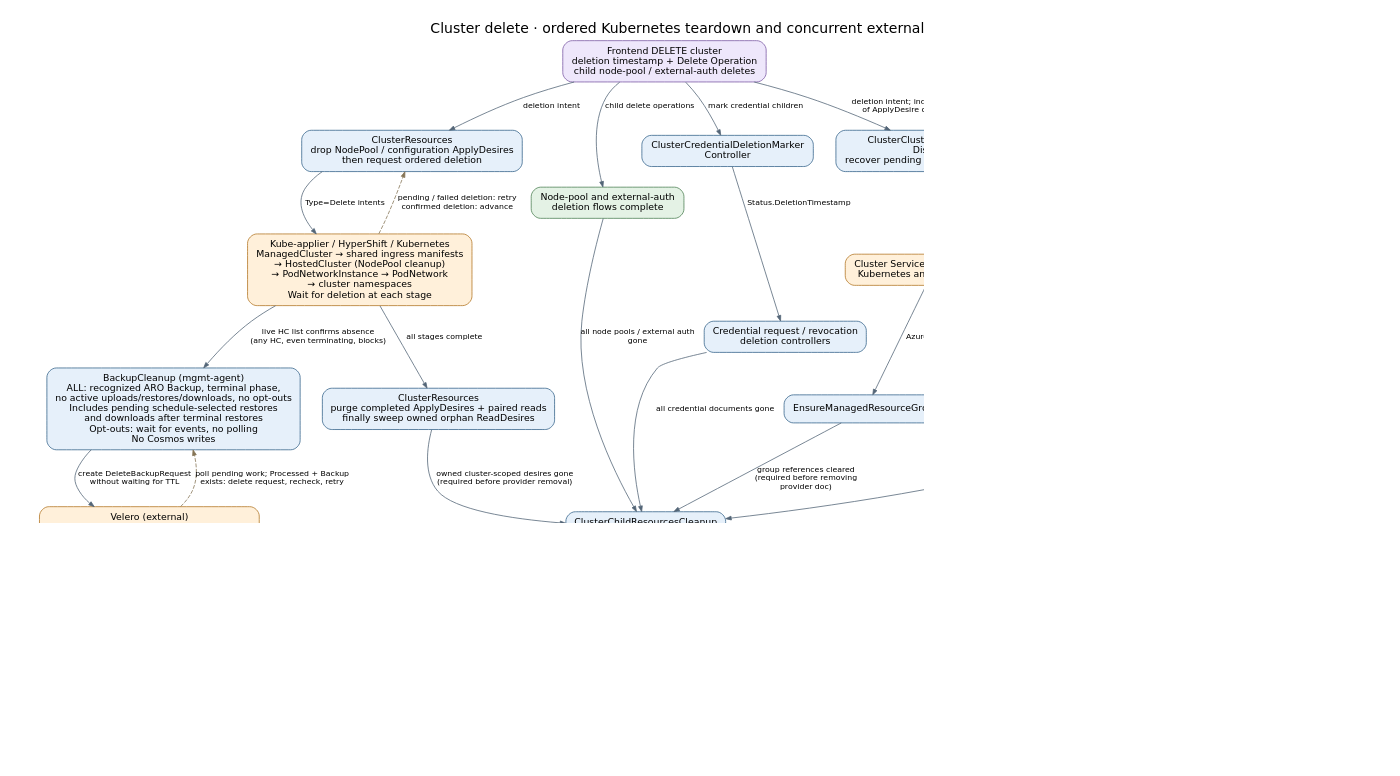
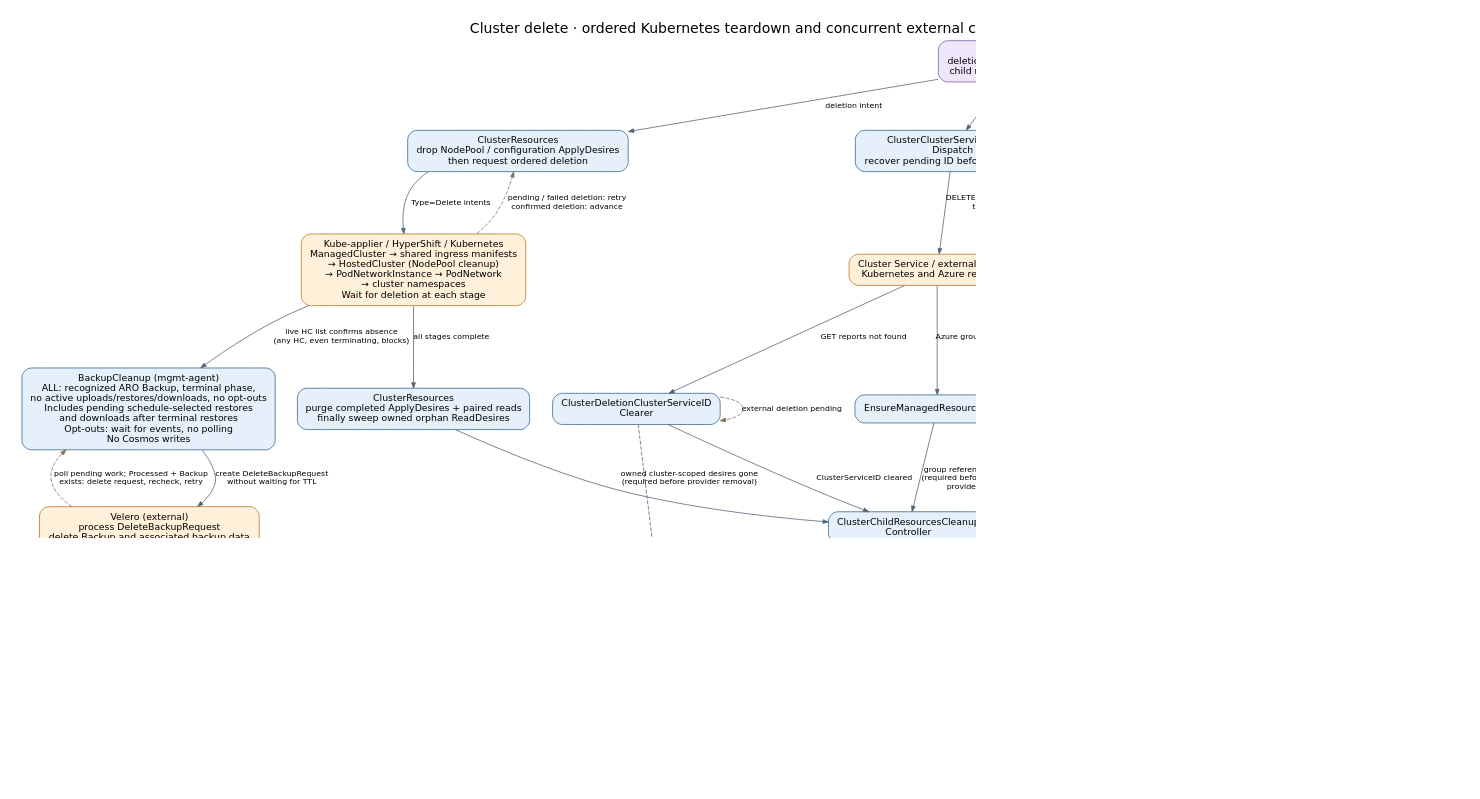
One commit to Azure/ARO-HCP changed the diagram in docs/diagrams/controller-flows/cluster-delete.dot. Above: the diagram before and after it, drawn with Graphviz. The commit also changed 46 other files, not shown here.

Commit message:
feat(backend): allocate cluster DNS names with Fleet claims

```diff
--- a/docs/diagrams/controller-flows/cluster-delete.dot
+++ b/docs/diagrams/controller-flows/cluster-delete.dot
@@ -1,48 +1,51 @@
 digraph cluster_delete {
   graph [rankdir=TB, bgcolor="white", pad="0.3", nodesep="0.4", ranksep="0.55", fontname="DejaVu Sans", fontsize=18, labelloc=t, label="Cluster delete · ordered Kubernetes teardown and concurrent external cleanup", dpi=110];
   node [shape=box, style="rounded,filled", fillcolor="#e6f0fa", color="#35648a", fontname="DejaVu Sans", fontsize=12, margin="0.16,0.10"];
   edge [color="#536577", fontname="DejaVu Sans", fontsize=10, arrowsize=0.7];
   delete [label="Frontend DELETE cluster\ndeletion timestamp + Delete Operation\nchild node-pool / external-auth deletes", fillcolor="#eee7fb", color="#7b59a4"];
   resources [label="ClusterResources\ndrop NodePool / configuration ApplyDesires\nthen request ordered deletion", fillcolor="#e6f0fa", color="#35648a"];
   ordered [label="Kube-applier / HyperShift / Kubernetes\nManagedCluster → shared ingress manifests\n→ HostedCluster (NodePool cleanup)\n→ PodNetworkInstance → PodNetwork\n→ cluster namespaces\nWait for deletion at each stage", fillcolor="#fff0da", color="#b27624"];
   drained [label="ClusterResources\npurge completed ApplyDesires + paired reads\nfinally sweep owned orphan ReadDesires", fillcolor="#e6f0fa", color="#35648a"];
   dispatch [label="ClusterClusterServiceDelete\nDispatch\nrecover pending ID before CS DELETE", fillcolor="#e6f0fa", color="#35648a"];
   cs [label="Cluster Service / external cleanup\nKubernetes and Azure resources", fillcolor="#fff0da", color="#b27624"];
   clear [label="ClusterDeletionClusterServiceID\nClearer", fillcolor="#e6f0fa", color="#35648a"];
   marker [label="ClusterCredentialDeletionMarker\nController", fillcolor="#e6f0fa", color="#35648a"];
   credentials [label="Credential request / revocation\ndeletion controllers", fillcolor="#e6f0fa", color="#35648a"];
   children [label="Node-pool and external-auth\ndeletion flows complete", fillcolor="#e4f2e5", color="#4c8053"];
   group [label="EnsureManagedResourceGroup", fillcolor="#e6f0fa", color="#35648a"];
   cleanup [label="ClusterChildResourcesCleanup\nController", fillcolor="#e6f0fa", color="#35648a"];
-  final [label="ClusterDeletionController", fillcolor="#e6f0fa", color="#35648a"];
+  final [label="ClusterDeletionController\nremove cluster independently of claims", fillcolor="#e6f0fa", color="#35648a"];
   op [label="OperationClusterDelete", fillcolor="#e6f0fa", color="#35648a"];
   done [label="ARM Delete Operation Succeeded", fillcolor="#e4f2e5", color="#4c8053"];
+  claims [label="DNSClaimCleanup\nwatch claims + owner clusters\nmatching deleting UID: CS cleanup gate\nmissing/different UID: claim age >= 30m", fillcolor="#e6f0fa", color="#35648a"];
+  final -> claims [label="owner removed\nclaims cleaned asynchronously", style=dashed];
+  clear -> claims [label="matching deleting owner's CS cleanup complete", style=dashed];
   backups [label="BackupCleanup (mgmt-agent)\nALL: recognized ARO Backup, terminal phase,\nno active uploads/restores/downloads, no opt-outs\nIncludes pending schedule-selected restores\nand downloads after terminal restores\nOpt-outs: wait for events, no polling\nNo Cosmos writes", fillcolor="#e6f0fa", color="#35648a"];
   velero [label="Velero (external)\nprocess DeleteBackupRequest\ndelete Backup and associated backup data", fillcolor="#fff0da", color="#b27624"];
   retained [label="Backup absent: stop reconciling\nBackupRepositories retained for Kopia maintenance\nNot proof of repository GC; not an ARM gate", fillcolor="#e4f2e5", color="#4c8053"];
   delete -> resources [label="deletion intent"];
   resources -> ordered [label="Type=Delete intents"];
   ordered -> resources [label="pending / failed deletion: retry\nconfirmed deletion: advance", style=dashed, color="#857456"];
   ordered -> drained [label="all stages complete"];
   drained -> cleanup [label="owned cluster-scoped desires gone\n(required before provider removal)"];
   delete -> dispatch [label="deletion intent; independent\nof ApplyDesire cleanup"];
   dispatch -> cs [label="DELETE; stamp dispatch\ntimestamp"];
   cs -> clear [label="GET reports not found"];
   ordered -> backups [label="live HC list confirms absence\n(any HC, even terminating, blocks)"];
   backups -> velero [label="create DeleteBackupRequest\nwithout waiting for TTL"];
   velero -> backups [label="poll pending work; Processed + Backup\nexists: delete request, recheck, retry", style=dashed, color="#857456"];
   velero -> retained [label="live Backup GET: NotFound"];
   delete -> marker [label="mark credential children"];
   marker -> credentials [label="Status.DeletionTimestamp"];
   delete -> children [label="child delete operations"];
   cs -> group [label="Azure group absence observed"];
   clear -> cleanup [label="ClusterServiceID cleared"];
   credentials -> cleanup [label="all credential documents gone"];
   children -> cleanup [label="all node pools / external auth\ngone"];
   group -> cleanup [label="group references cleared\n(required before removing\nprovider doc)"];
   cleanup -> final [label="nested resources and intents\ngone"];
   final -> op [label="billing DeletionTime; cluster\ndoc deleted"];
   op -> done [label="document absence observed"];
   clear -> clear [label="external deletion pending", style=dashed, color="#857456", constraint=false];
   group -> group [label="group still exists: observe again\n(or delete if orphaned)", style=dashed, color="#857456", constraint=false];
 }
```
